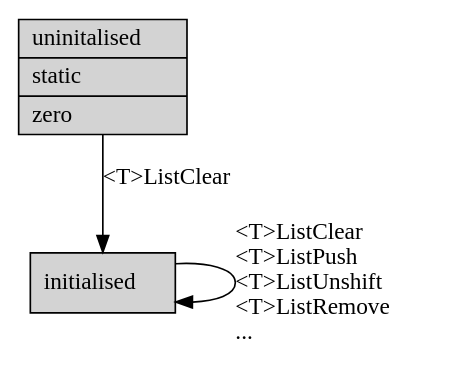
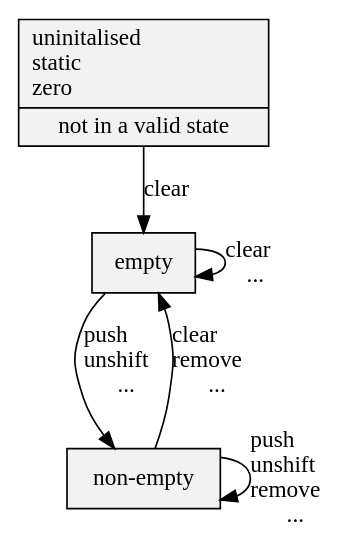
The diagram in web/states.gv (neil-edelman/boxes), drawn with Graphviz before and after one commit. The commit also changed 6 other files, not shown here.

```diff
--- a/web/states.gv
+++ b/web/states.gv
@@ -1,9 +1,14 @@
 digraph {
-	//rankdir = LR;
-	node [ shape=record, style=filled ];
-	null [ label = "{uninitalised\l|static\l|zero\l}" ];
-	init [ label = "{initialised\l}" ];
-	null -> init [ label = "<T>ListClear\l" ];
-	init -> init [ style = invis ];
-	init -> init [ label = "<T>ListClear\l<T>ListPush\l<T>ListUnshift\l<T>ListRemove\l...\l" ];
+	fontface=modern;
+	node [shape=record, style=filled, fillcolor="Gray95"];
+	null [label="{uninitalised\lstatic\lzero\l|not in a valid state}"];
+	empty;
+	full [label="non-empty"];
+	null -> empty [label="clear\l"];
+	#empty -> empty [style=invis];
+	empty -> empty [label="clear\l..."];
+	empty -> full [label="push\lunshift\l..."];
+	full -> empty [label="clear\lremove\l..."];
+	full -> full [label="push\lunshift\lremove\l..."];
+	#{ rank=same; empty; full; }
 }
```
